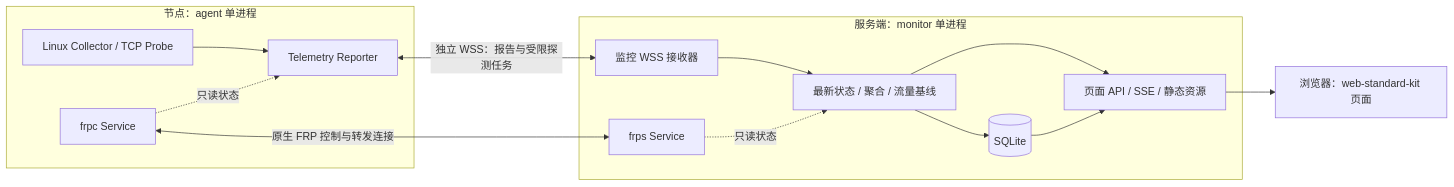
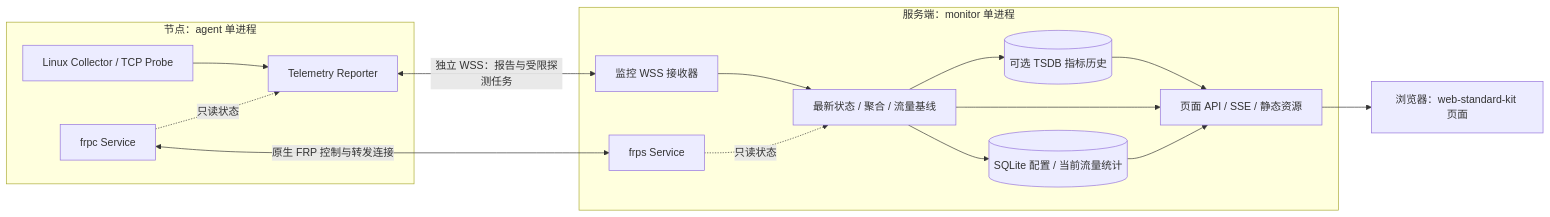
The diagram in frp-monitor/README.md (KimiChen/wheels), drawn with Mermaid before and after one commit. The commit also changed other lines of this file, not shown here.

Commit message:
文档：简化节点数据结构并规划可选 TSDB

````diff
--- a/frp-monitor/README.md
+++ b/frp-monitor/README.md
@@ -105,25 +107,28 @@
 ```mermaid
 flowchart LR
     subgraph A[节点：agent 单进程]
         FPC[frpc Service]
         C[Linux Collector / TCP Probe]
         R[Telemetry Reporter]
         C --> R
         FPC -. 只读状态 .-> R
     end
     subgraph M[服务端：monitor 单进程]
         FPS[frps Service]
         I[监控 WSS 接收器]
         S[最新状态 / 聚合 / 流量基线]
-        DB[(SQLite)]
+        DB[(SQLite 配置 / 当前流量统计)]
+        TS[(可选 TSDB 指标历史)]
         API[页面 API / SSE / 静态资源]
         I --> S
         FPS -. 只读状态 .-> S
         S --> DB
+        S --> TS
+        TS --> API
         S --> API
         DB --> API
     end
     FPC <-->|原生 FRP 控制与转发连接| FPS
     R <-->|独立 WSS：报告与受限探测任务| I
     API --> W[浏览器：web-standard-kit 页面]
 ```
````
